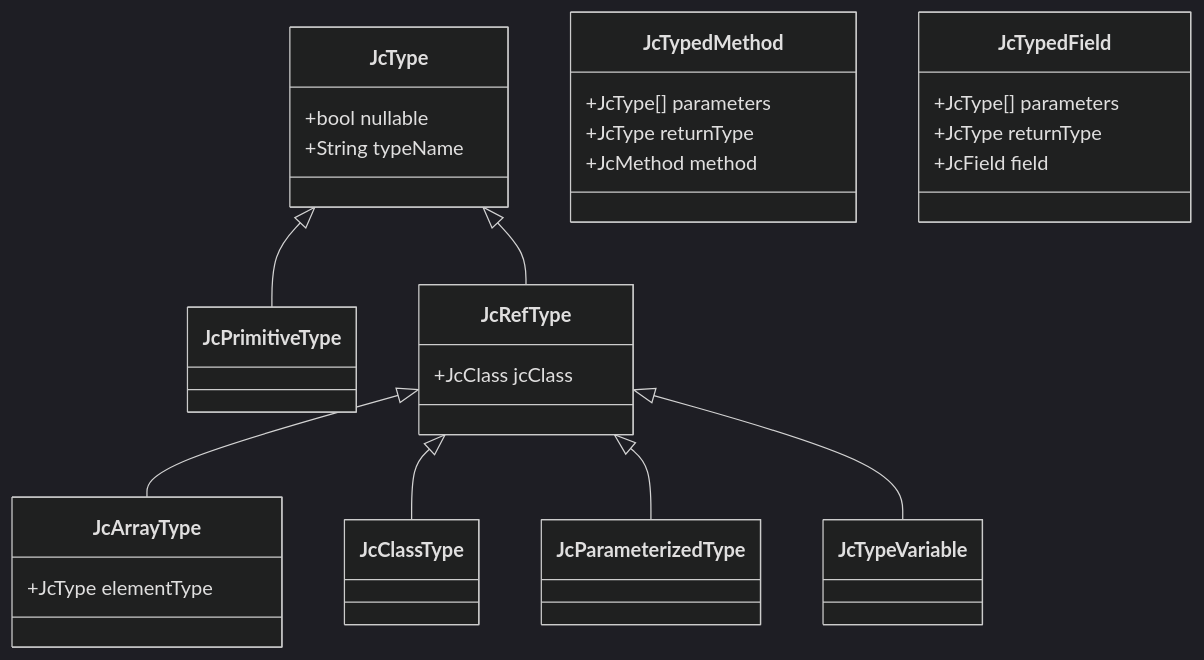
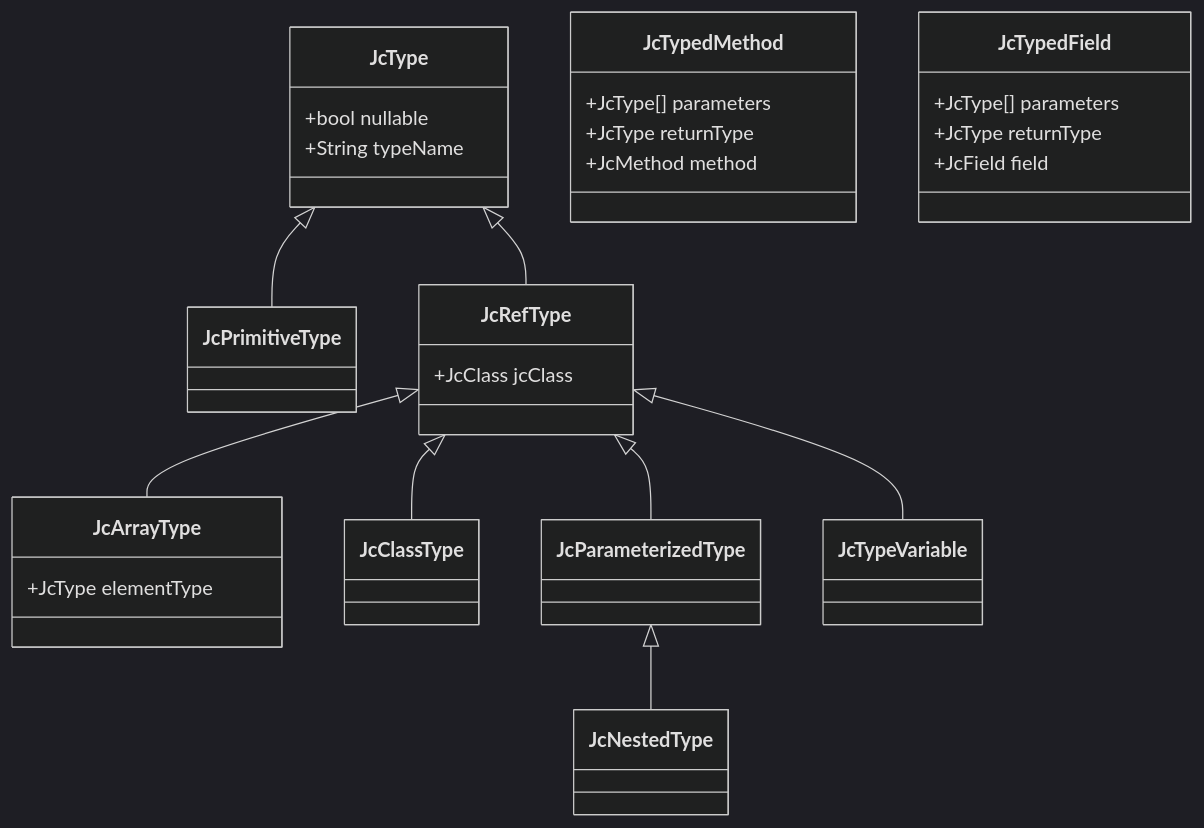
Before and after one commit to UnitTestBot/jacodb: the first of 3 diagrams in design.md, drawn with Mermaid (dark theme). The commit also changed other lines of this file and 25 other files, not shown here.

````diff
--- a/design.md
+++ b/design.md
@@ -25,32 +25,33 @@
 ```mermaid
 classDiagram
     JcType <|-- JcPrimitiveType
     JcType <|-- JcRefType
     JcRefType <|-- JcArrayType
     JcRefType <|-- JcClassType
     JcRefType <|-- JcParameterizedType
     JcRefType <|-- JcTypeVariable
+    JcParameterizedType <|-- JcNestedType
     class JcType {
       +bool nullable
       +String typeName
     }
 
     class JcRefType {
       +JcClass jcClass 
     }
     class JcArrayType {
        +JcType elementType
     }
 
     class JcTypedMethod {
       +JcType[] parameters
       +JcType returnType
       +JcMethod method
     }
 
     class JcTypedField {
       +JcType[] parameters
       +JcType returnType
       +JcField field
     }
 ``` 
````
